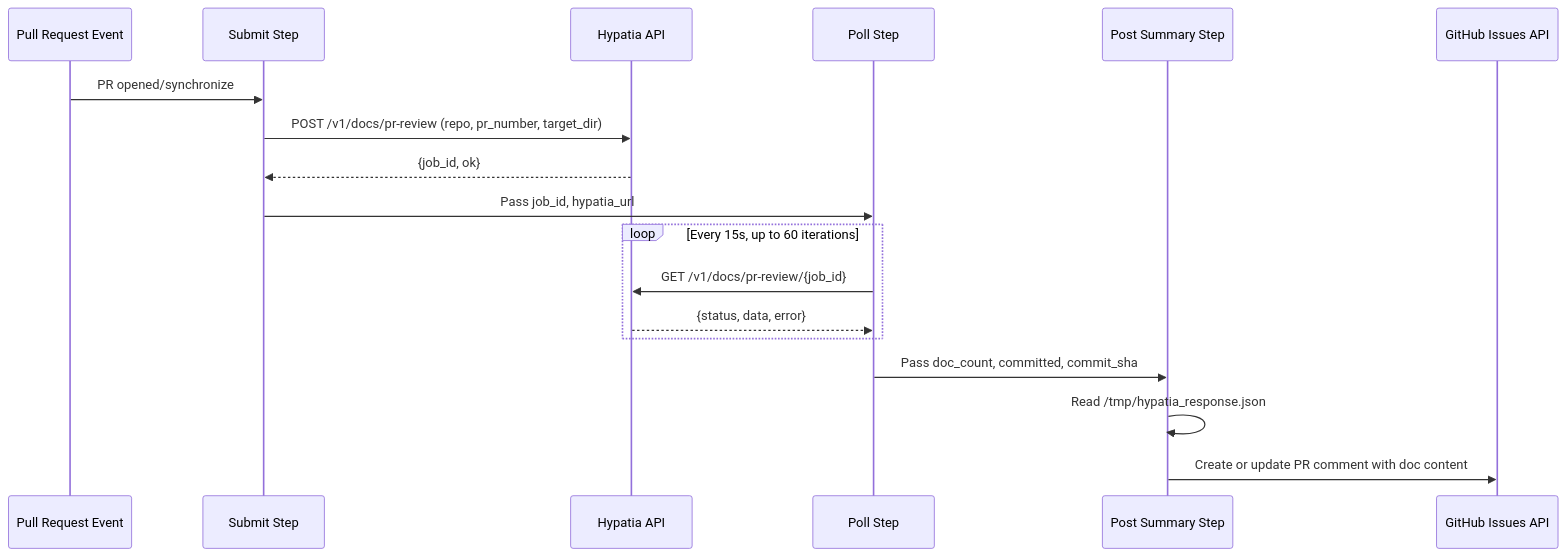
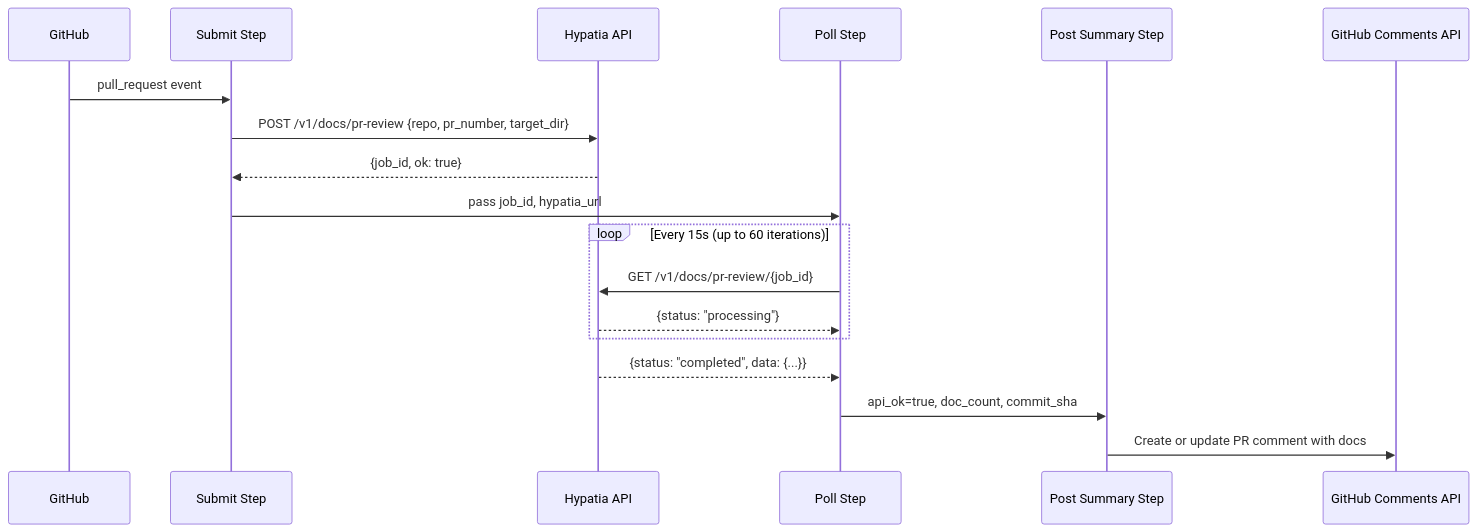
The second of 4 diagrams in docs/.github-workflows.md (cornelisnetworks/opa-psm2-tests), drawn with Mermaid before and after one commit. The commit also changed other lines of this file and 1 other file, not shown here.

````diff
--- a/docs/.github-workflows.md
+++ b/docs/.github-workflows.md
@@ -42,21 +41,21 @@
 ```mermaid
 sequenceDiagram
-    participant PR as Pull Request Event
+    participant GH as GitHub
     participant Submit as Submit Step
-    participant Hypatia as Hypatia API
+    participant API as Hypatia API
     participant Poll as Poll Step
-    participant Post as Post Summary Step
-    participant GH as GitHub Issues API
+    participant Summary as Post Summary Step
+    participant Comments as GitHub Comments API
 
-    PR->>Submit: PR opened/synchronize
-    Submit->>Hypatia: POST /v1/docs/pr-review (repo, pr_number, target_dir)
-    Hypatia-->>Submit: {job_id, ok}
-    Submit->>Poll: Pass job_id, hypatia_url
-    loop Every 15s, up to 60 iterations
-        Poll->>Hypatia: GET /v1/docs/pr-review/{job_id}
-        Hypatia-->>Poll: {status, data, error}
+    GH->>Submit: pull_request event
+    Submit->>API: POST /v1/docs/pr-review {repo, pr_number, target_dir}
+    API-->>Submit: {job_id, ok: true}
+    Submit->>Poll: pass job_id, hypatia_url
+    loop Every 15s (up to 60 iterations)
+        Poll->>API: GET /v1/docs/pr-review/{job_id}
+        API-->>Poll: {status: "processing"}
     end
-    Poll->>Post: Pass doc_count, committed, commit_sha
-    Post->>Post: Read /tmp/hypatia_response.json
-    Post->>GH: Create or update PR comment with doc content
+    API-->>Poll: {status: "completed", data: {...}}
+    Poll->>Summary: api_ok=true, doc_count, commit_sha
+    Summary->>Comments: Create or update PR comment with docs
 ```
````
